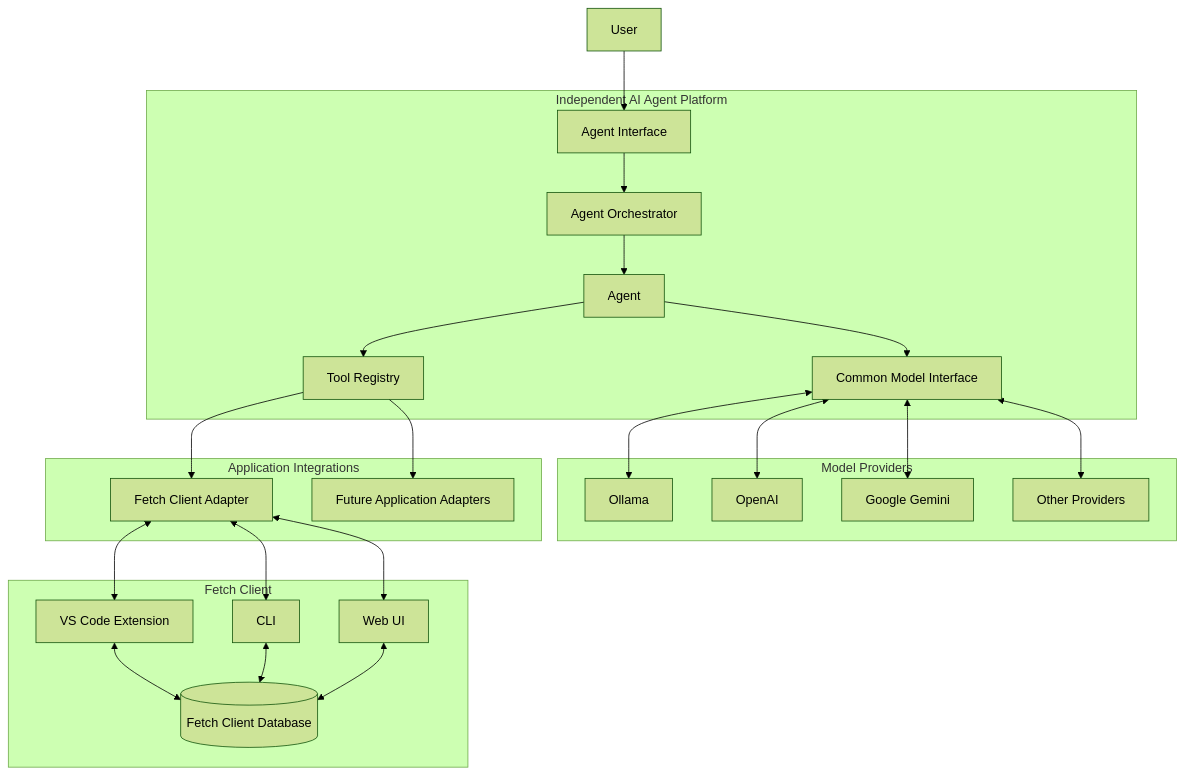
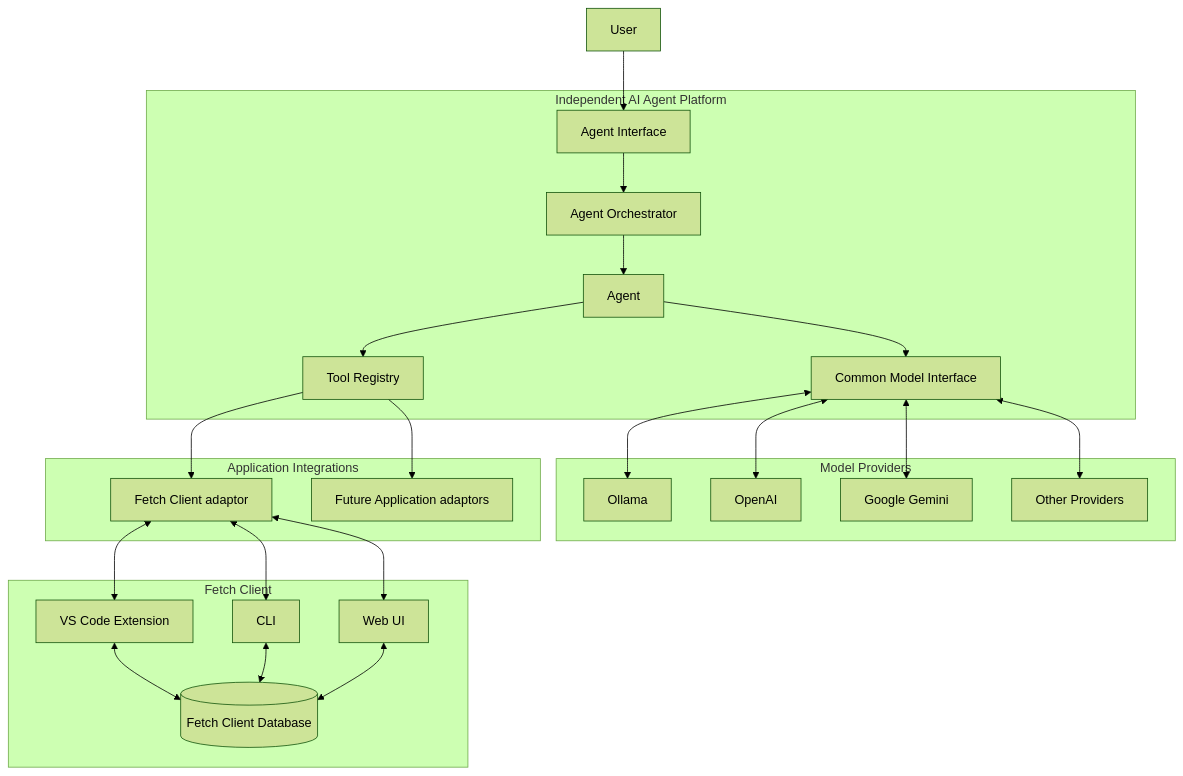
Before and after one commit to Ganesan-Chandran/vscode-fetch-client: the first of 2 diagrams in docs/ai-agent/02-architecture/01_conceptual-architecture.md, drawn with Mermaid (forest theme). The commit also changed other lines of this file and 15 other files, not shown here.

````diff
--- a/docs/ai-agent/02-architecture/01_conceptual-architecture.md
+++ b/docs/ai-agent/02-architecture/01_conceptual-architecture.md
@@ -136,50 +136,50 @@
 ```mermaid
 flowchart TB
     U[User]
 
     subgraph AP[Independent AI Agent Platform]
         UI[Agent Interface]
         OR[Agent Orchestrator]
         AG[Agent]
         TR[Tool Registry]
         MI[Common Model Interface]
 
         UI --> OR
         OR --> AG
         AG --> MI
         AG --> TR
     end
 
     subgraph MP[Model Providers]
         O[Ollama]
         OA[OpenAI]
         G[Google Gemini]
         OTHER[Other Providers]
     end
 
     subgraph INT[Application Integrations]
-        FC[Fetch Client Adapter]
-        FUT[Future Application Adapters]
+        FC[Fetch Client adaptor]
+        FUT[Future Application adaptors]
     end
 
     subgraph APP[Fetch Client]
         EXT[VS Code Extension]
         CLI[CLI]
         WEB[Web UI]
         DB[(Fetch Client Database)]
         EXT <--> DB
         CLI <--> DB
         WEB <--> DB
     end
 
     U --> UI
     MI <--> O
     MI <--> OA
     MI <--> G
     MI <--> OTHER
     TR --> FC
     TR --> FUT
     FC <--> EXT
     FC <--> CLI
     FC <--> WEB
 ```
````
